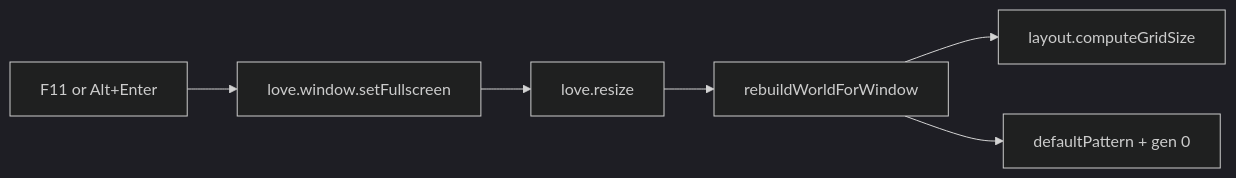
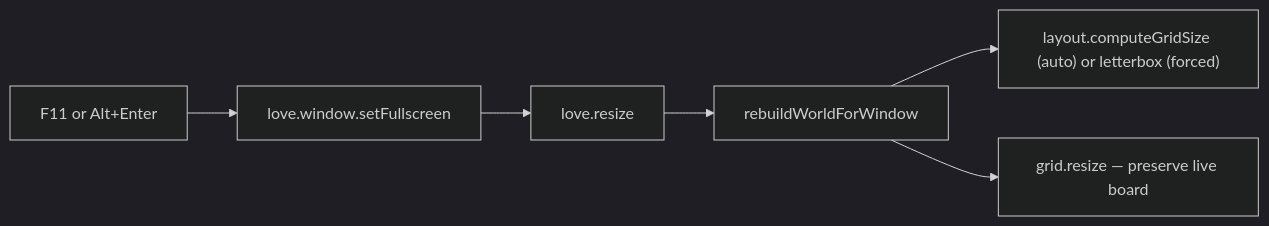
The second of 2 diagrams in plan/04-ui-shell-and-panes.md (ridespirals/love-life), drawn with Mermaid (dark theme) before and after one commit. The commit also changed other lines of this file and 8 other files, not shown here.

````diff
--- a/plan/04-ui-shell-and-panes.md
+++ b/plan/04-ui-shell-and-panes.md
@@ -135,8 +135,8 @@
 ```mermaid
 flowchart LR
   keyPress["F11 or Alt+Enter"] --> toggleFS["love.window.setFullscreen"]
   toggleFS --> loveResize["love.resize"]
   loveResize --> rebuild["rebuildWorldForWindow"]
-  rebuild --> autoFit["layout.computeGridSize"]
-  rebuild --> restart["defaultPattern + gen 0"]
+  rebuild --> autoFit["layout.computeGridSize (auto) or letterbox (forced)"]
+  rebuild --> migrate["grid.resize — preserve live board"]
 ```
````
